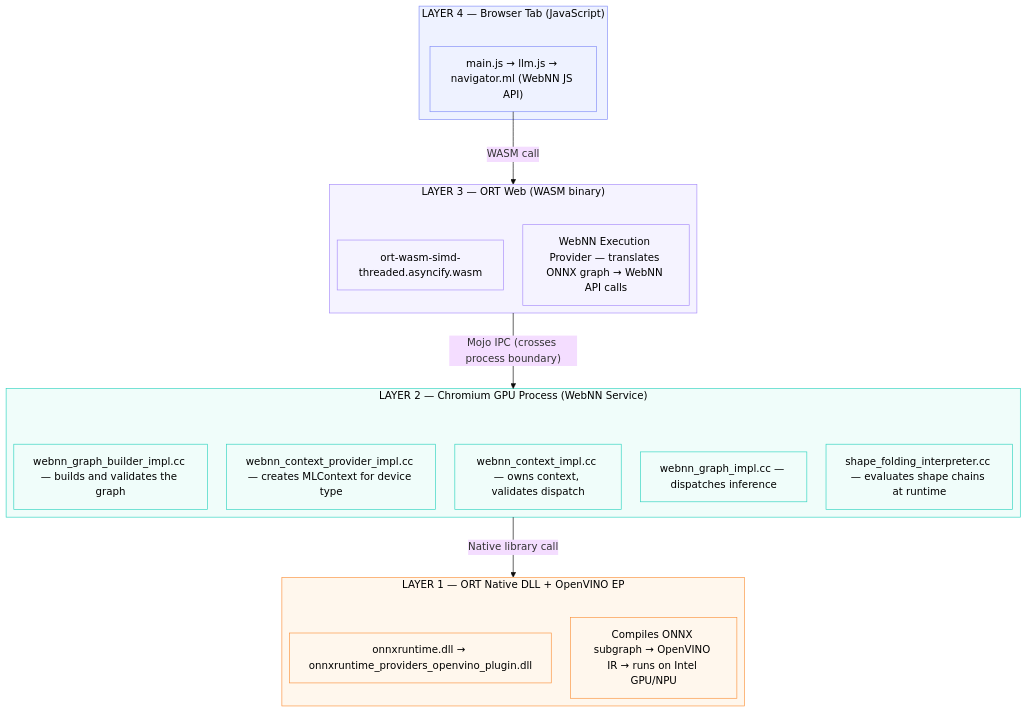
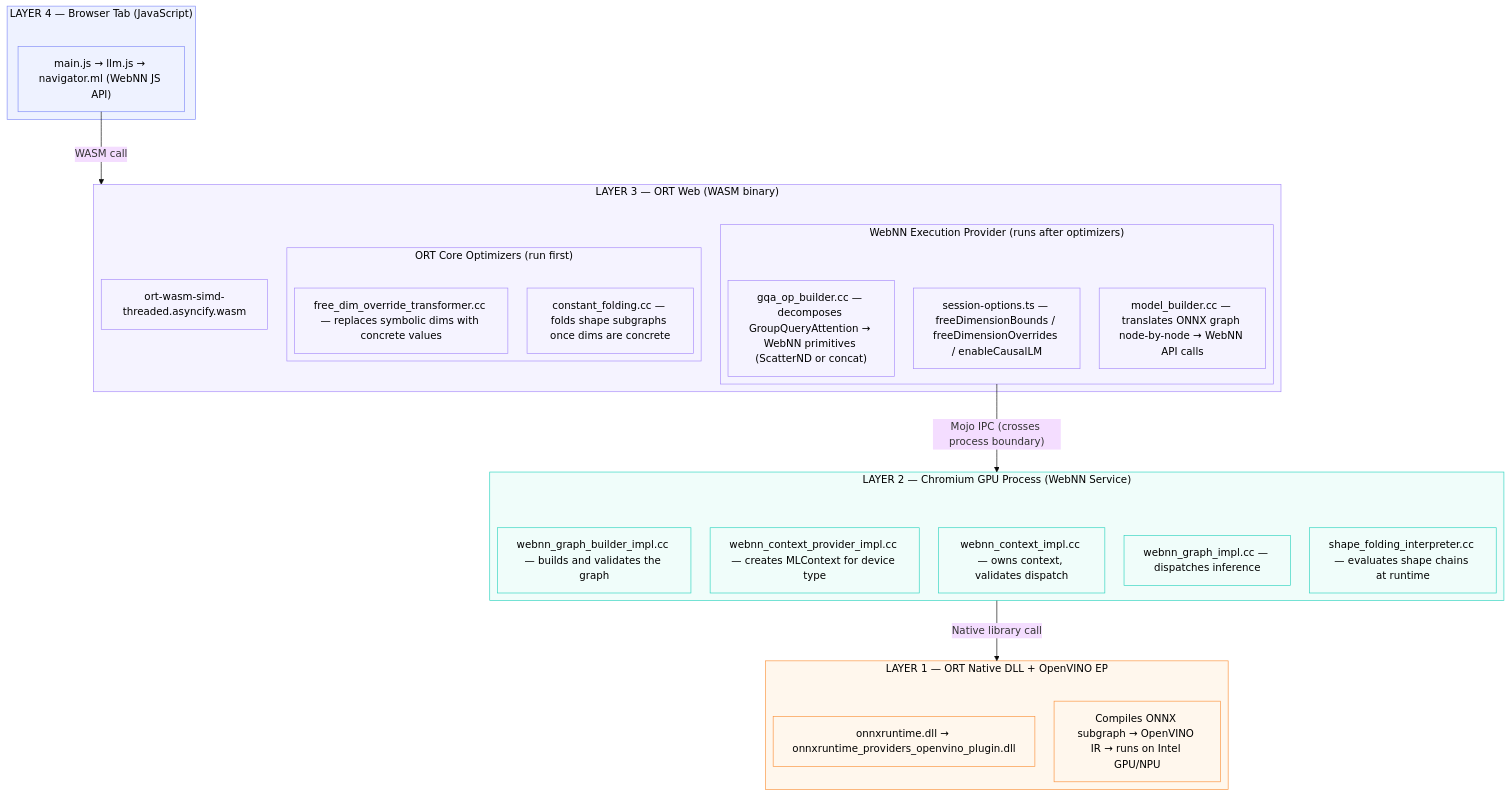
Before and after one commit to arisha07/webnn-developer-preview-genai: the diagram in docs/webnn-text-generation-architecture.md, drawn with Mermaid (base theme). The commit also changed other lines of this file, not shown here.

````diff
--- a/docs/webnn-text-generation-architecture.md
+++ b/docs/webnn-text-generation-architecture.md
@@ -16,44 +16,52 @@
 ```mermaid
 ---
 config:
   layout: elk
 ---
 flowchart TB
     subgraph L4["LAYER 4 — Browser Tab (JavaScript)"]
         L4A["main.js → llm.js → navigator.ml (WebNN JS API)"]
     end
 
     subgraph L3["LAYER 3 — ORT Web (WASM binary)"]
         L3A["ort-wasm-simd-threaded.asyncify.wasm"]
-        L3B["WebNN Execution Provider — translates ONNX graph → WebNN API calls"]
+        subgraph L3ORT["ORT Core Optimizers (run first)"]
+            L3B["free_dim_override_transformer.cc — replaces symbolic dims with concrete values"]
+            L3C["constant_folding.cc — folds shape subgraphs once dims are concrete"]
+        end
+        subgraph L3EP["WebNN Execution Provider (runs after optimizers)"]
+            L3D["session-options.ts — freeDimensionBounds / freeDimensionOverrides / enableCausalLM"]
+            L3E["model_builder.cc — translates ONNX graph node-by-node → WebNN API calls"]
+            L3F["gqa_op_builder.cc — decomposes GroupQueryAttention → WebNN primitives (ScatterND or concat)"]
+        end
     end
 
     subgraph L2["LAYER 2 — Chromium GPU Process (WebNN Service)"]
         L2A["webnn_context_provider_impl.cc — creates MLContext for device type"]
         L2B["webnn_context_impl.cc — owns context, validates dispatch"]
         L2C["webnn_graph_builder_impl.cc — builds and validates the graph"]
         L2D["webnn_graph_impl.cc — dispatches inference"]
         L2E["shape_folding_interpreter.cc — evaluates shape chains at runtime"]
     end
 
     subgraph L1["LAYER 1 — ORT Native DLL + OpenVINO EP"]
         L1A["onnxruntime.dll → onnxruntime_providers_openvino_plugin.dll"]
         L1B["Compiles ONNX subgraph → OpenVINO IR → runs on Intel GPU/NPU"]
     end
 
     L4A -->|"WASM call"| L3
-    L3 -->|"Mojo IPC (crosses process boundary)"| L2
+    L3EP -->|"Mojo IPC (crosses process boundary)"| L2
     L2 -->|"Native library call"| L1
 
     %% styling with enforced black text
     classDef layer4 stroke:#818cf8,fill:#eef2ff,color:#000;
     classDef layer3 stroke:#a78bfa,fill:#f5f3ff,color:#000;
     classDef layer2 stroke:#2dd4bf,fill:#f0fdfa,color:#000;
     classDef layer1 stroke:#fb923c,fill:#fff7ed,color:#000;
     classDef default stroke:#000,fill:#fff,color:#000;
 
     class L4,L4A layer4
-    class L3,L3A,L3B layer3
+    class L3,L3A,L3ORT,L3B,L3C,L3EP,L3D,L3E,L3F layer3
     class L2,L2A,L2B,L2C,L2D,L2E layer2
     class L1,L1A,L1B layer1
 ```
````
